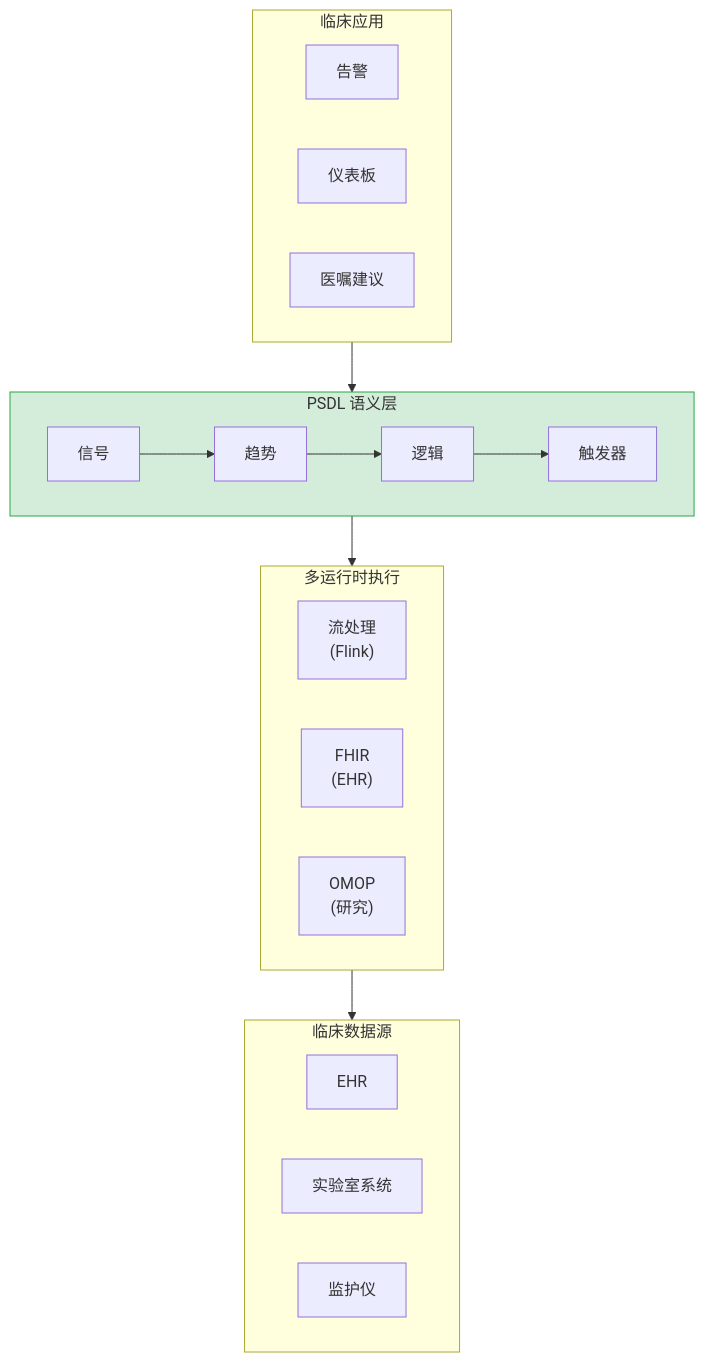
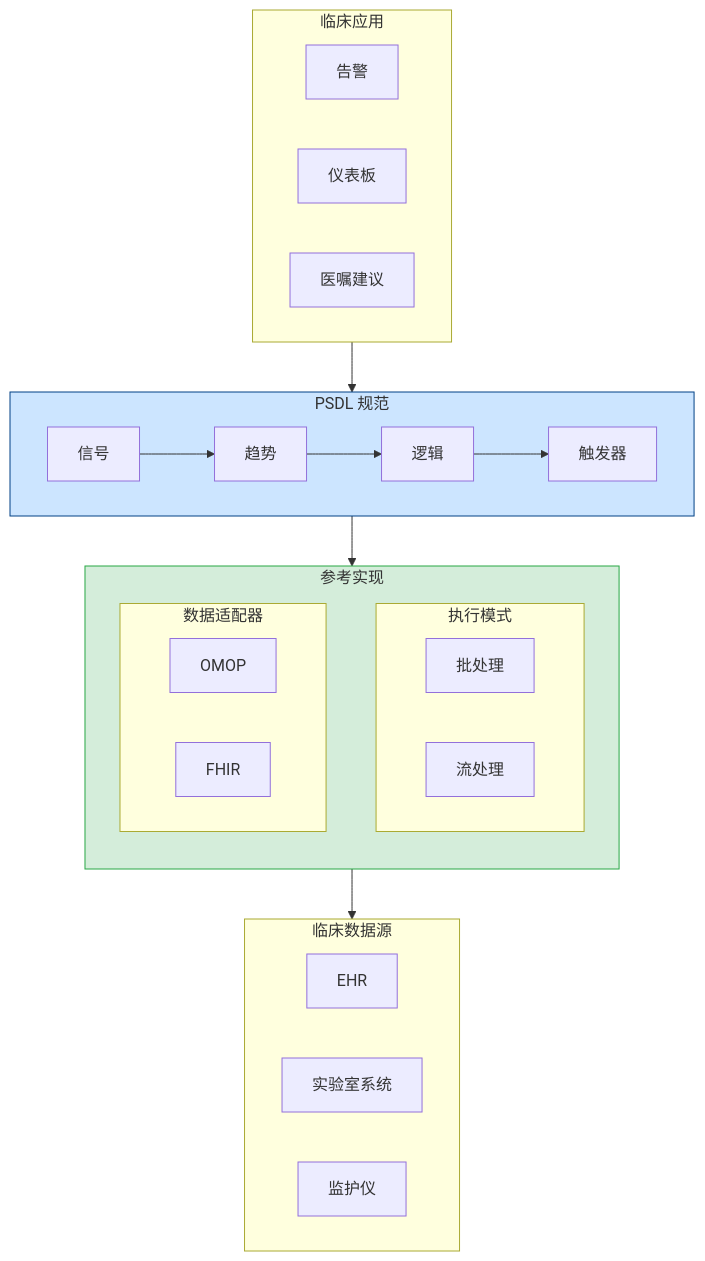
The third of 6 diagrams in docs/WHITEPAPER_ZH.md (Chesterguan/PSDL), drawn with Mermaid before and after one commit. The commit also changed other lines of this file and 41 other files, not shown here.

First line of the commit message:
refactor: complete architecture refactoring (reference/adapters) + semantic layer emphasis

````diff
--- a/docs/WHITEPAPER_ZH.md
+++ b/docs/WHITEPAPER_ZH.md
@@ -120,31 +120,38 @@
 ```mermaid
 flowchart TB
     subgraph Apps["临床应用"]
         A1["告警"]
         A2["仪表板"]
         A3["医嘱建议"]
     end
 
-    subgraph PSDL["PSDL 语义层"]
+    subgraph Spec["PSDL 规范"]
         direction LR
         S["信号"] --> T["趋势"] --> L["逻辑"] --> TR["触发器"]
     end
 
-    subgraph Runtime["多运行时执行"]
-        R1["流处理<br/>(Flink)"]
-        R2["FHIR<br/>(EHR)"]
-        R3["OMOP<br/>(研究)"]
+    subgraph Impl["参考实现"]
+        direction TB
+        subgraph Exec["执行模式"]
+            E1["批处理"]
+            E2["流处理"]
+        end
+        subgraph Adapt["数据适配器"]
+            A["OMOP"]
+            B["FHIR"]
+        end
     end
 
     subgraph Data["临床数据源"]
         D1["EHR"]
         D2["实验室系统"]
         D3["监护仪"]
     end
 
-    Apps --> PSDL
-    PSDL --> Runtime
-    Runtime --> Data
+    Apps --> Spec
+    Spec --> Impl
+    Impl --> Data
 
-    style PSDL fill:#d4edda,stroke:#28a745
+    style Spec fill:#cce5ff,stroke:#004085
+    style Impl fill:#d4edda,stroke:#28a745
 ```
````
